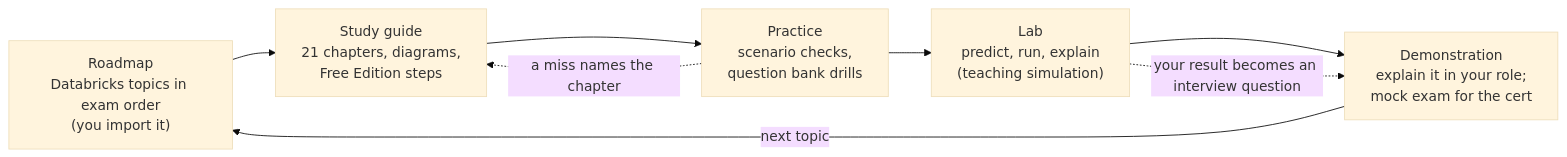
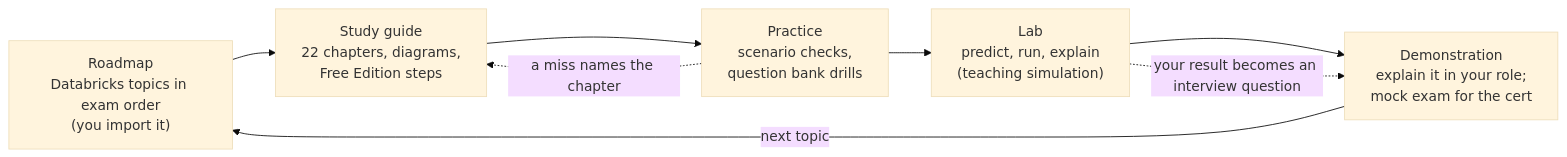
One commit to getnimishk/PrepBench changed the diagram in docs/implementation/DATABRICKS-GAP-REPORT.md. Above: the diagram before and after it, drawn with Mermaid (base theme). The commit also changed other lines of this file and 2 other files, not shown here.

First line of the commit message:
Add Parquet to the Databricks plan and research notes

````diff
--- a/docs/implementation/DATABRICKS-GAP-REPORT.md
+++ b/docs/implementation/DATABRICKS-GAP-REPORT.md
@@ -132,10 +133,10 @@
 ```mermaid
 flowchart LR
-  R["Roadmap<br/>Databricks topics in exam order<br/>(you import it)"] --> G["Study guide<br/>21 chapters, diagrams,<br/>Free Edition steps"]
+  R["Roadmap<br/>Databricks topics in exam order<br/>(you import it)"] --> G["Study guide<br/>22 chapters, diagrams,<br/>Free Edition steps"]
   G --> P["Practice<br/>scenario checks,<br/>question bank drills"]
   P --> L["Lab<br/>predict, run, explain<br/>(teaching simulation)"]
   L --> D["Demonstration<br/>explain it in your role;<br/>mock exam for the cert"]
   D -->|"next topic"| R
   P -. "a miss names the chapter" .-> G
   L -. "your result becomes an interview question" .-> D
 ```
````
